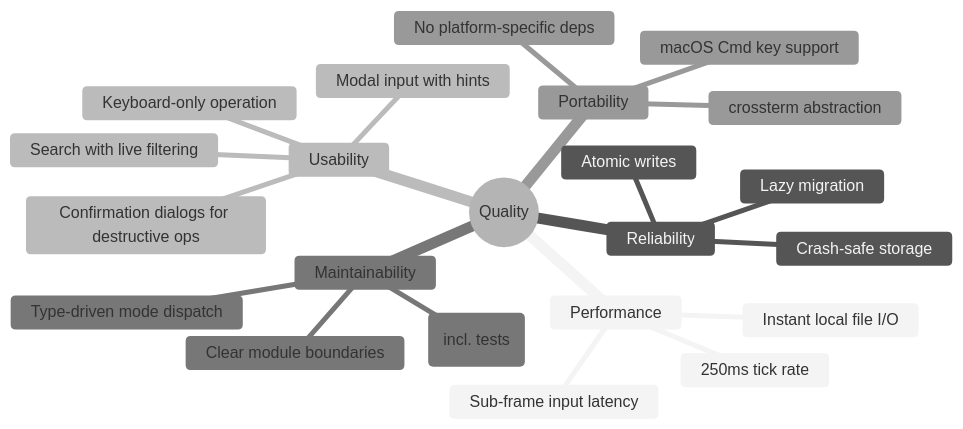
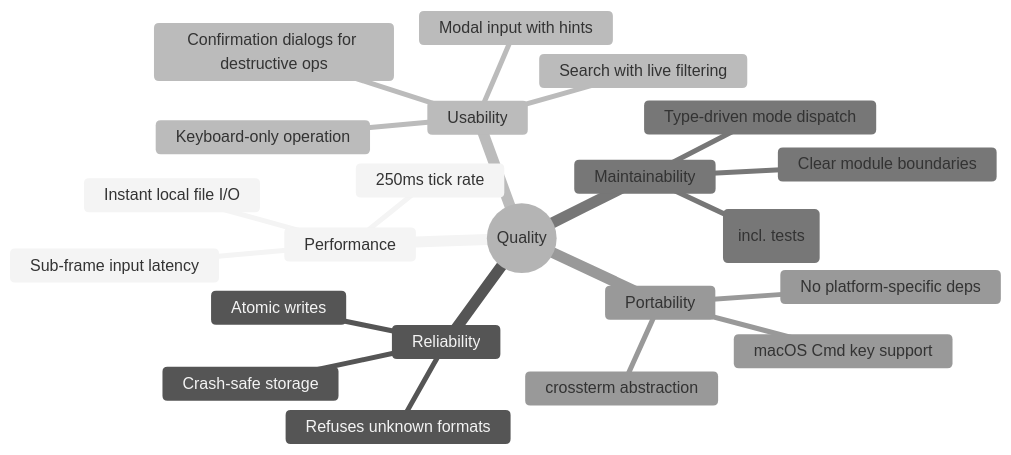
One commit to waschmittel/tct changed diagram 11 of 11 in docs/arc42.md. Above: the diagram before and after it, drawn with Mermaid (neutral theme). The commit also changed other lines of this file and 30 other files, not shown here.

````diff
--- a/docs/arc42.md
+++ b/docs/arc42.md
@@ -611,25 +608,25 @@
 ```mermaid
 mindmap
   root((Quality))
     Performance
       Sub-frame input latency
       Instant local file I/O
       250ms tick rate
     Reliability
       Atomic writes
       Crash-safe storage
-      Lazy migration
+      Refuses unknown formats
     Usability
       Keyboard-only operation
       Modal input with hints
       Search with live filtering
       Confirmation dialogs for destructive ops
     Maintainability
       Type-driven mode dispatch
       Clear module boundaries
       ~15k lines total (incl. tests)
     Portability
       crossterm abstraction
       No platform-specific deps
       macOS Cmd key support
 ```
````
